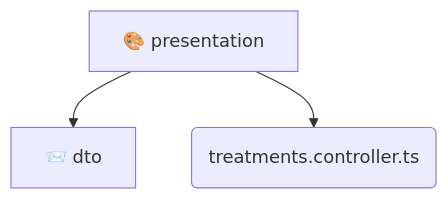
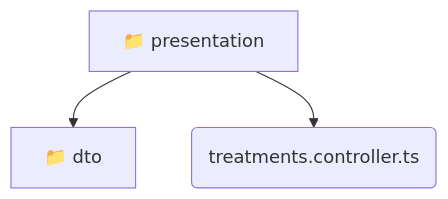
Before and after one commit to beginwebdev2002/fullstack-mavluda: the diagram in backend/src/modules/treatments/presentation/README.md, drawn with Mermaid. The commit also changed other lines of this file and 155 other files, not shown here.

````diff
--- a/backend/src/modules/treatments/presentation/README.md
+++ b/backend/src/modules/treatments/presentation/README.md
@@ -9,6 +9,6 @@
 ```mermaid
 graph TD
-  presentation[🎨 presentation]
-  presentation --> dto[📨 dto]
-  presentation --> treatments_controller_ts(treatments.controller.ts)
+  presentation[📁 presentation]
+  presentation --> presentation_dto[📁 dto]
+  presentation --> presentation_treatments_controller_ts(treatments.controller.ts)
 ```
````
